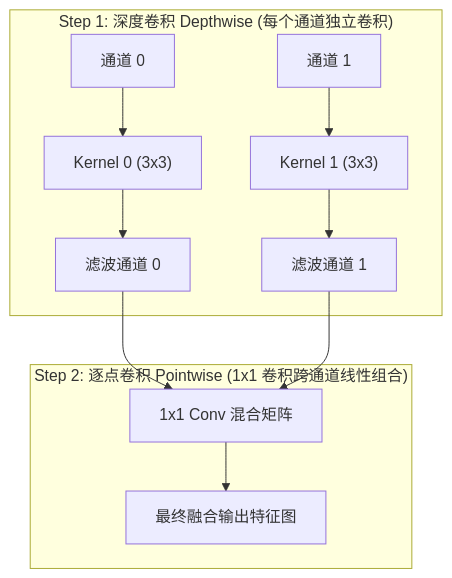
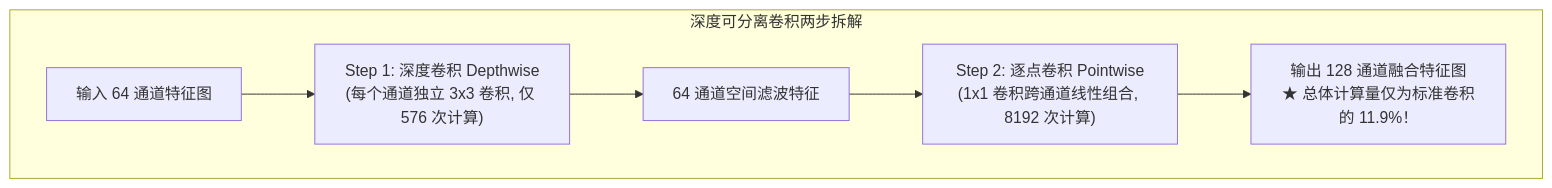
Before and after one commit to hqu-little-boy/blog: the third of 3 diagrams in src/content/posts/dl-operators-08-convolution-and-pooling-guide.md, drawn with Mermaid. The commit also changed other lines of this file and 11 other files, not shown here.

````diff
--- a/src/content/posts/dl-operators-08-convolution-and-pooling-guide.md
+++ b/src/content/posts/dl-operators-08-convolution-and-pooling-guide.md
@@ -193,12 +162,12 @@
 ```mermaid
 graph TD
-    subgraph Depthwise["Step 1: 深度卷积 Depthwise (每个通道独立卷积)"]
-        Ch0["通道 0"] --> K0["Kernel 0 (3x3)"] --> OutCh0["滤波通道 0"]
-        Ch1["通道 1"] --> K1["Kernel 1 (3x3)"] --> OutCh1["滤波通道 1"]
-    end
-    subgraph Pointwise["Step 2: 逐点卷积 Pointwise (1x1 卷积跨通道线性组合)"]
-        OutCh0 --> Pw["1x1 Conv 混合矩阵"]
-        OutCh1 --> Pw
-        Pw --> Final["最终融合输出特征图"]
+    subgraph DepthwiseSeparable["深度可分离卷积两步拆解"]
+        In["输入 64 通道特征图"]
+        DW["Step 1: 深度卷积 Depthwise\n(每个通道独立 3x3 卷积, 仅 576 次计算)"]
+        Mid["64 通道空间滤波特征"]
+        PW["Step 2: 逐点卷积 Pointwise\n(1x1 卷积跨通道线性组合, 8192 次计算)"]
+        Out["输出 128 通道融合特征图\n★ 总体计算量仅为标准卷积的 11.9%！"]
+
+        In --> DW --> Mid --> PW --> Out
     end
 ```
````
